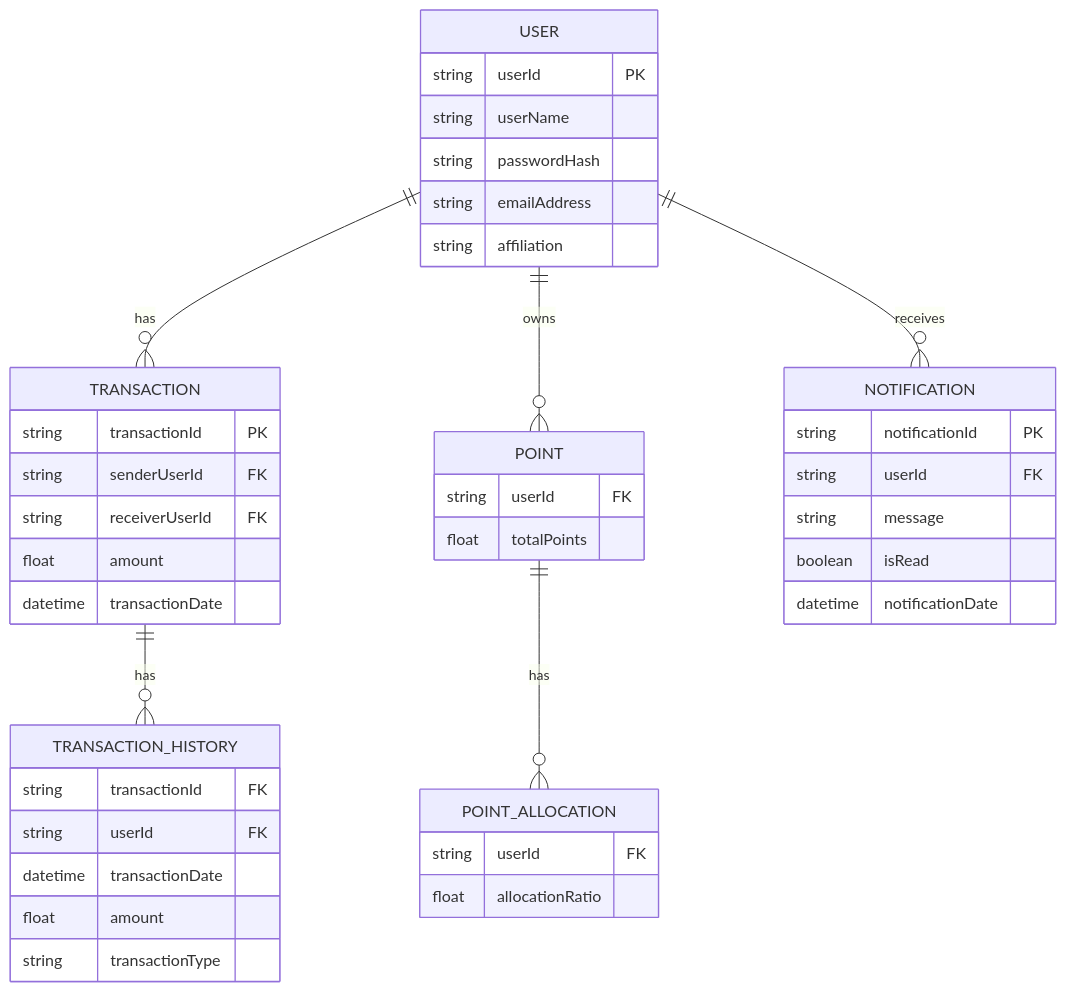
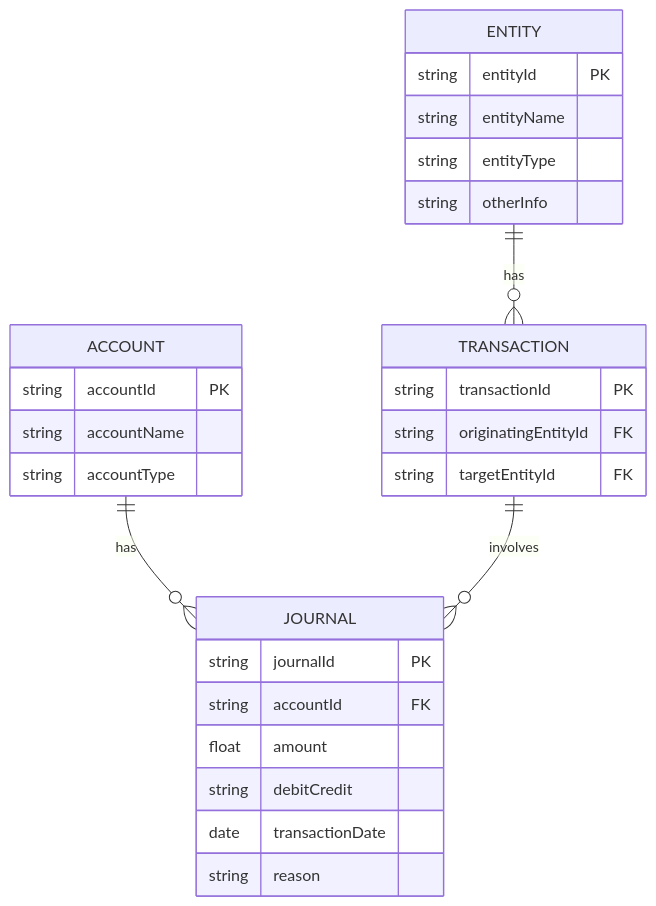
One commit to PorcoRosso85/htmx_d1 changed the diagram in packages/economy/erd.md. Above: the diagram before and after it, drawn with Mermaid. The commit also changed other lines of this file and 2 other files, not shown here.

````diff
--- a/packages/economy/erd.md
+++ b/packages/economy/erd.md
@@ -1,51 +28,35 @@
 ```mermaid
 erDiagram
-    USER ||--o{ TRANSACTION : "has"
-    USER ||--o{ POINT : "owns"
-    USER ||--o{ NOTIFICATION : "receives"
-    TRANSACTION ||--o{ TRANSACTION_HISTORY : "has"
-    POINT ||--o{ POINT_ALLOCATION : "has"
+    ACCOUNT ||--o{ JOURNAL : "has"
+    ENTITY ||--o{ TRANSACTION : "has"
+    TRANSACTION ||--o{ JOURNAL : "involves"
 
-    USER {
-        string userId PK
-        string userName
-        string passwordHash
-        string emailAddress
-        string affiliation
+    ACCOUNT {
+        string accountId PK
+        string accountName
+        string accountType
+    }
+
+    JOURNAL {
+        string journalId PK
+        string accountId FK
+        float amount
+        string debitCredit
+        date transactionDate
+        string reason
+    }
+
+    ENTITY {
+        string entityId PK
+        string entityName
+        string entityType
+        string otherInfo
     }
 
     TRANSACTION {
         string transactionId PK
-        string senderUserId FK
-        string receiverUserId FK
-        float amount
-        datetime transactionDate
-    }
-
-    TRANSACTION_HISTORY {
-        string transactionId FK
-        string userId FK
-        datetime transactionDate
-        float amount
-        string transactionType
-    }
-
-    POINT {
-        string userId FK
-        float totalPoints
-    }
-
-    POINT_ALLOCATION {
-        string userId FK
-        float allocationRatio
-    }
-
-    NOTIFICATION {
-        string notificationId PK
-        string userId FK
-        string message
-        boolean isRead
-        datetime notificationDate
+        string originatingEntityId FK
+        string targetEntityId FK
     }
 
 ```
````
